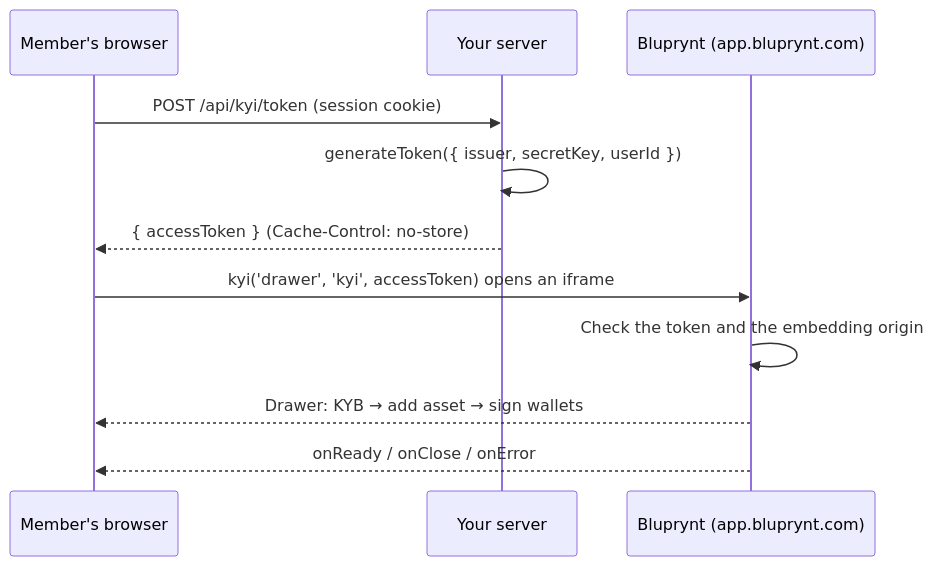
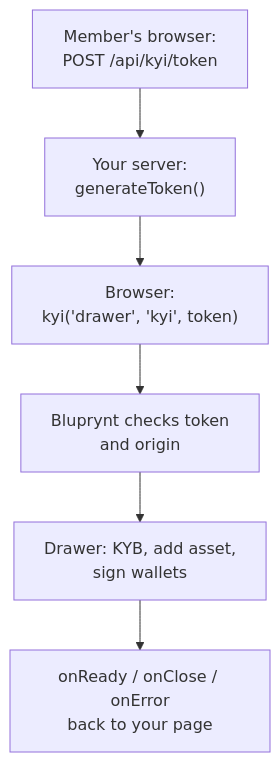
One commit to blupryntco/docs changed the diagram in sdk/overview.mdx. Above: the diagram before and after it, drawn with Mermaid. The commit also changed 1 other file, not shown here.

Commit message:
SDK: single-column flowcharts so diagrams stay readable at 390px

````diff
--- a/sdk/overview.mdx
+++ b/sdk/overview.mdx
@@ -30,13 +30,8 @@
 ```mermaid
-sequenceDiagram
-  participant M as Member's browser
-  participant P as Your server
-  participant B as Bluprynt (app.bluprynt.com)
-  M->>P: POST /api/kyi/token (session cookie)
-  P->>P: generateToken({ issuer, secretKey, userId })
-  P-->>M: { accessToken } (Cache-Control: no-store)
-  M->>B: kyi('drawer', 'kyi', accessToken) opens an iframe
-  B->>B: Check the token and the embedding origin
-  B-->>M: Drawer: KYB → add asset → sign wallets
-  B-->>M: onReady / onClose / onError
+flowchart TD
+  A["Member's browser:<br/>POST /api/kyi/token"] --> B["Your server:<br/>generateToken()"]
+  B --> C["Browser:<br/>kyi('drawer', 'kyi', token)"]
+  C --> D["Bluprynt checks token<br/>and origin"]
+  D --> E["Drawer: KYB, add asset,<br/>sign wallets"]
+  E --> F["onReady / onClose / onError<br/>back to your page"]
 ```
````
